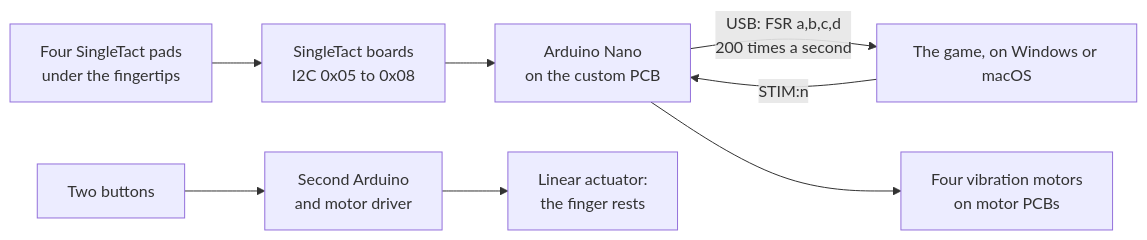
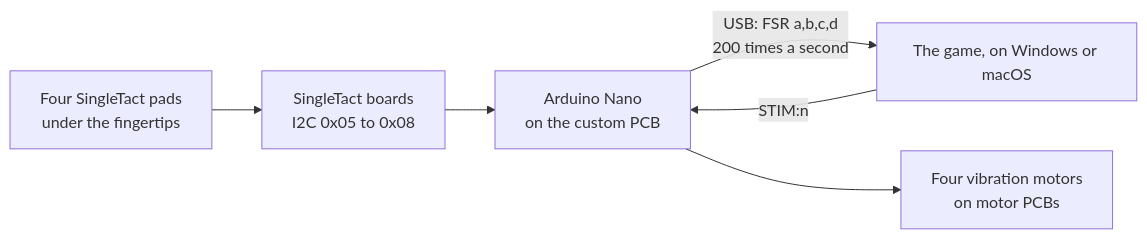
The diagram in hardware/README.md (basil2fxs/Hand-Rehab-Thesis), drawn with Mermaid before and after one commit. The commit also changed other lines of this file and 113 other files, not shown here.

````diff
--- a/hardware/README.md
+++ b/hardware/README.md
@@ -19,10 +19,8 @@
 ```mermaid
 flowchart LR
   P["Four SingleTact pads<br>under the fingertips"] --> S["SingleTact boards<br>I2C 0x05 to 0x08"]
   S --> N["Arduino Nano<br>on the custom PCB"]
   N -->|"USB: FSR a,b,c,d<br>200 times a second"| L["The game, on Windows or macOS"]
   L -->|"STIM:n"| N
   N --> M["Four vibration motors<br>on motor PCBs"]
-  B["Two buttons"] --> A["Second Arduino<br>and motor driver"]
-  A --> X["Linear actuator:<br>the finger rests"]
 ```
````
